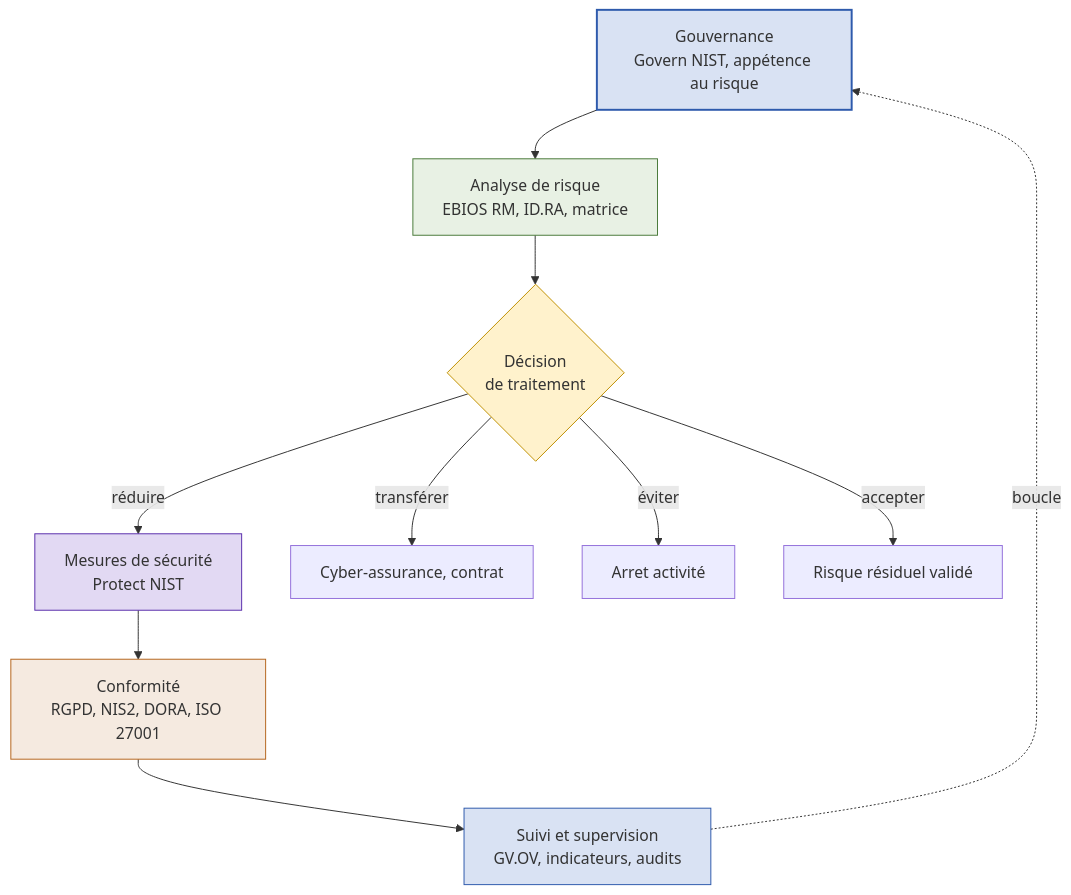
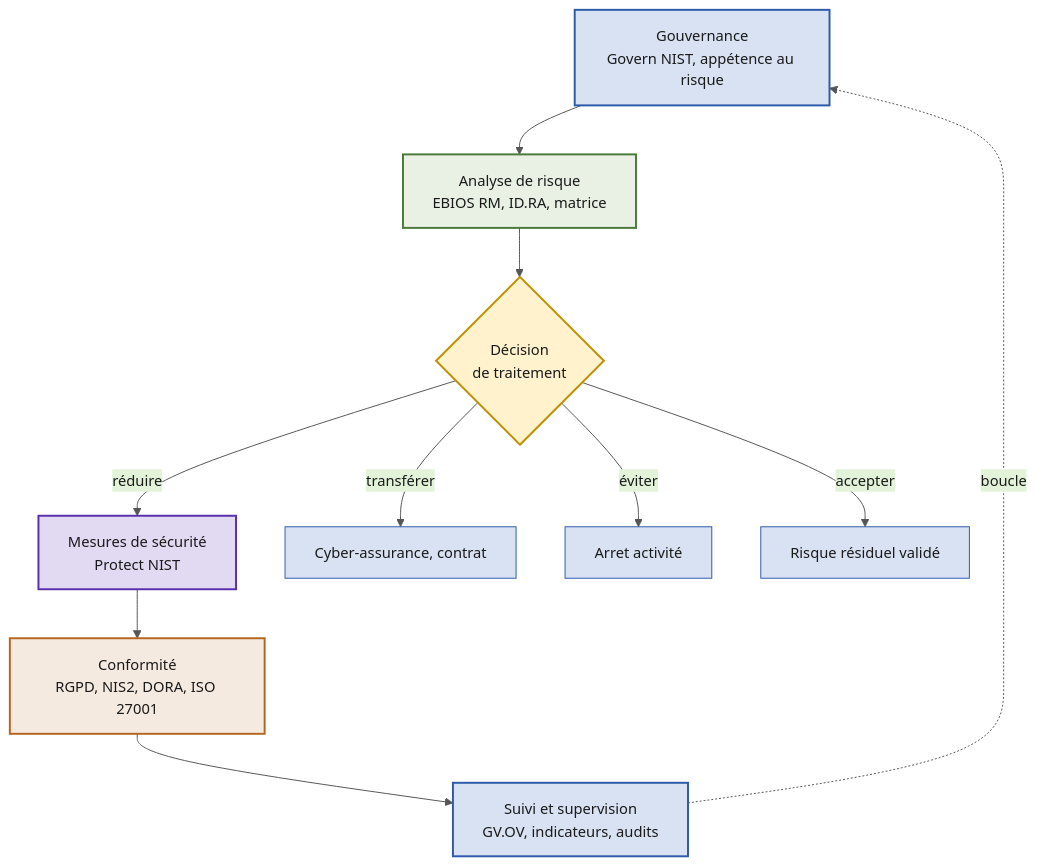
One commit to cchopin/Jedha-cybersec-fullstack changed the tenth of 10 diagrams in 12_governance_risk_compliance/grc.md. Above: the diagram before and after it, drawn with Mermaid. The commit also changed other lines of this file, not shown here.

````diff
--- a/12_governance_risk_compliance/grc.md
+++ b/12_governance_risk_compliance/grc.md
@@ -485,18 +494,19 @@
 ```mermaid
+%%{init: {'theme':'base', 'themeVariables': {'primaryColor':'#D9E2F3','primaryTextColor':'#1A1A1A','primaryBorderColor':'#2E5AAC','lineColor':'#555555','fontSize':'15px','textColor':'#1A1A1A','mainBkg':'#D9E2F3'}}}%%
 flowchart TD
     GOV[Gouvernance<br/>Govern NIST, appétence au risque] --> RA[Analyse de risque<br/>EBIOS RM, ID.RA, matrice]
     RA --> DEC{Décision<br/>de traitement}
     DEC -->|réduire| MES[Mesures de sécurité<br/>Protect NIST]
     DEC -->|transférer| ASSUR[Cyber-assurance, contrat]
     DEC -->|éviter| STOP[Arret activité]
     DEC -->|accepter| RES[Risque résiduel validé]
     MES --> CONF[Conformité<br/>RGPD, NIS2, DORA, ISO 27001]
     CONF --> SUIVI[Suivi et supervision<br/>GV.OV, indicateurs, audits]
     SUIVI -.boucle.-> GOV
-    style GOV fill:#D9E2F3,stroke:#2E5AAC,stroke-width:2px
-    style RA fill:#E8F1E4,stroke:#4A7A3A
-    style DEC fill:#FFF2CC,stroke:#BF9000
-    style MES fill:#E2D9F3,stroke:#5A2EAC
-    style CONF fill:#F5EAE0,stroke:#B5651D
-    style SUIVI fill:#D9E2F3,stroke:#2E5AAC
+    style GOV fill:#D9E2F3,stroke:#2E5AAC,color:#1A1A1A,stroke-width:2px
+    style RA fill:#E8F1E4,stroke:#4A7A3A,color:#1A1A1A,stroke-width:2px
+    style DEC fill:#FFF2CC,stroke:#BF9000,color:#1A1A1A,stroke-width:2px
+    style MES fill:#E2D9F3,stroke:#5A2EAC,color:#1A1A1A,stroke-width:2px
+    style CONF fill:#F5EAE0,stroke:#B5651D,color:#1A1A1A,stroke-width:2px
+    style SUIVI fill:#D9E2F3,stroke:#2E5AAC,color:#1A1A1A,stroke-width:2px
 ```
````
